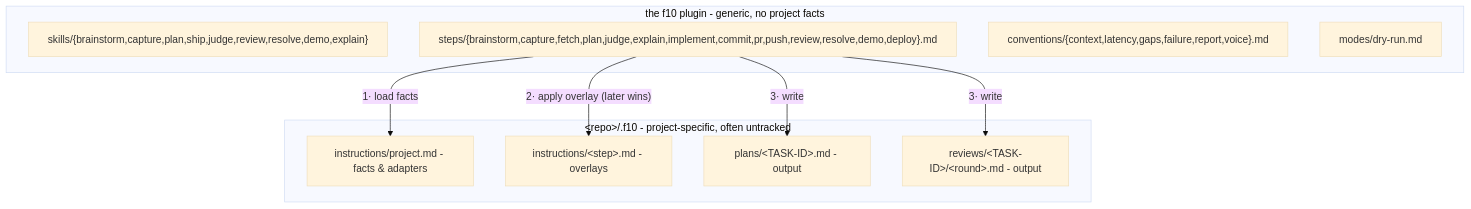
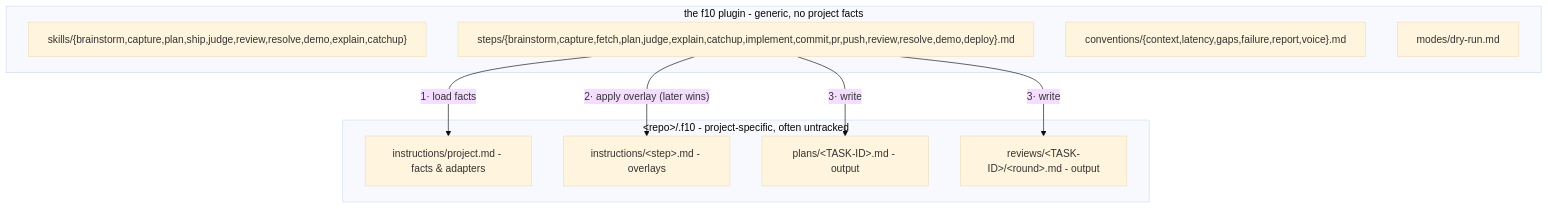
Before and after one commit to amberpixels/f10: the second of 2 diagrams in README.md, drawn with Mermaid (base theme). The commit also changed other lines of this file and 7 other files, not shown here.

````diff
--- a/README.md
+++ b/README.md
@@ -241,19 +254,19 @@
 ```mermaid
 flowchart TB
     subgraph plugin ["the f10 plugin - generic, no project facts"]
-        skills2["skills/{brainstorm,capture,plan,ship,judge,review,resolve,demo,explain}"]
-        gsteps["steps/{brainstorm,capture,fetch,plan,judge,explain,implement,commit,pr,push,review,resolve,demo,deploy}.md"]
+        skills2["skills/{brainstorm,capture,plan,ship,judge,review,resolve,demo,explain,catchup}"]
+        gsteps["steps/{brainstorm,capture,fetch,plan,judge,explain,catchup,implement,commit,pr,push,review,resolve,demo,deploy}.md"]
         conv["conventions/{context,latency,gaps,failure,report,voice}.md"]
         modes2["modes/dry-run.md"]
     end
     subgraph repo ["&lt;repo&gt;/.f10 - project-specific, often untracked"]
         proj["instructions/project.md - facts & adapters"]
         over["instructions/&lt;step&gt;.md - overlays"]
         plans2["plans/&lt;TASK-ID&gt;.md - output"]
         reviews2["reviews/&lt;TASK-ID&gt;/&lt;round&gt;.md - output"]
     end
     gsteps -- "1· load facts" --> proj
     gsteps -- "2· apply overlay (later wins)" --> over
     gsteps -- "3· write" --> plans2
     gsteps -- "3· write" --> reviews2
 ```
````
